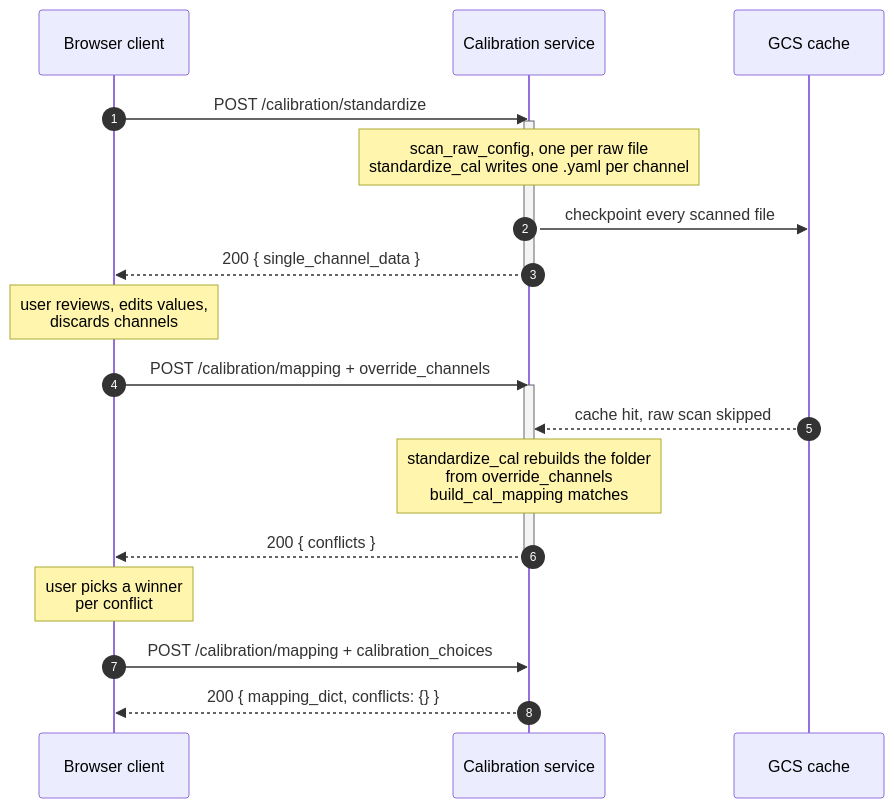
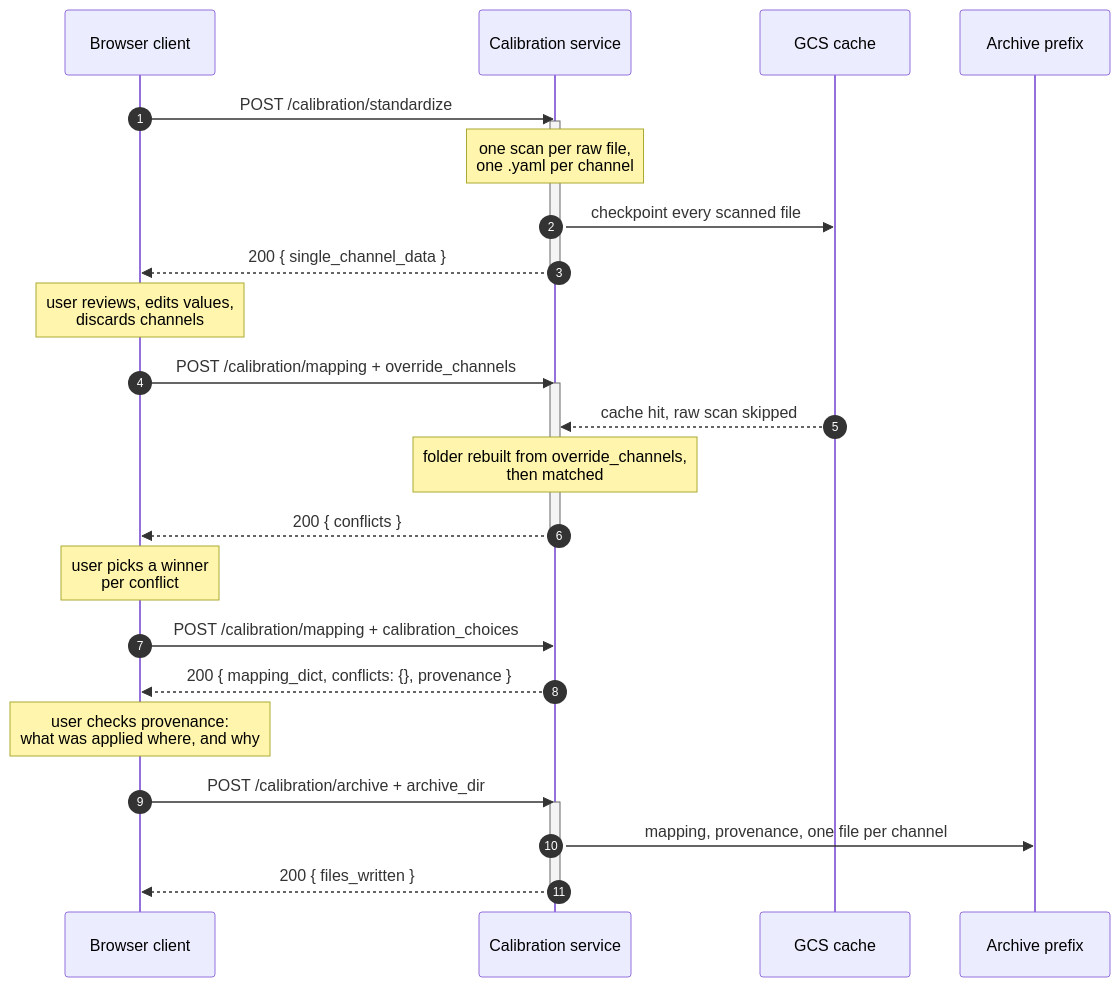
One commit to BLayman-NOAA/AA-SI_calibration changed the diagram in recipes/documentation/calibration_service_api.md. Above: the diagram before and after it, drawn with Mermaid. The commit also changed other lines of this file and 17 other files, not shown here.

Commit message:
improve docs, add mapping provenance, add 3rd recipe to save output files to directory

````diff
--- a/recipes/documentation/calibration_service_api.md
+++ b/recipes/documentation/calibration_service_api.md
@@ -36,28 +54,37 @@
 ```mermaid
 sequenceDiagram
     autonumber
     participant B as Browser client
     participant S as Calibration service
     participant G as GCS cache
+    participant A as Archive prefix
 
     B->>S: POST /calibration/standardize
     activate S
-    Note over S: scan_raw_config, one per raw file<br/>standardize_cal writes one .yaml per channel
+    Note over S: one scan per raw file,<br/>one .yaml per channel
     S->>G: checkpoint every scanned file
     S-->>B: 200 { single_channel_data }
     deactivate S
 
     Note over B: user reviews, edits values,<br/>discards channels
 
     B->>S: POST /calibration/mapping + override_channels
     activate S
     G-->>S: cache hit, raw scan skipped
-    Note over S: standardize_cal rebuilds the folder<br/>from override_channels<br/>build_cal_mapping matches
+    Note over S: folder rebuilt from override_channels,<br/>then matched
     S-->>B: 200 { conflicts }
     deactivate S
 
     Note over B: user picks a winner<br/>per conflict
 
     B->>S: POST /calibration/mapping + calibration_choices
-    S-->>B: 200 { mapping_dict, conflicts: {} }
+    S-->>B: 200 { mapping_dict, conflicts: {}, provenance }
+
+    Note over B: user checks provenance:<br/>what was applied where, and why
+
+    B->>S: POST /calibration/archive + archive_dir
+    activate S
+    S->>A: mapping, provenance, one file per channel
+    S-->>B: 200 { files_written }
+    deactivate S
 ```
````
